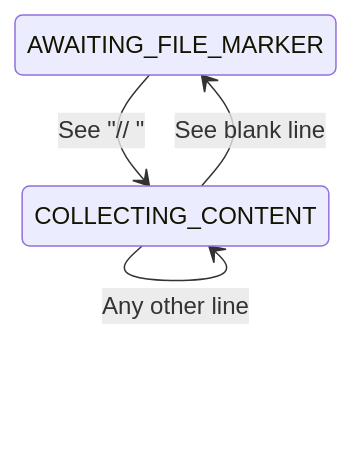
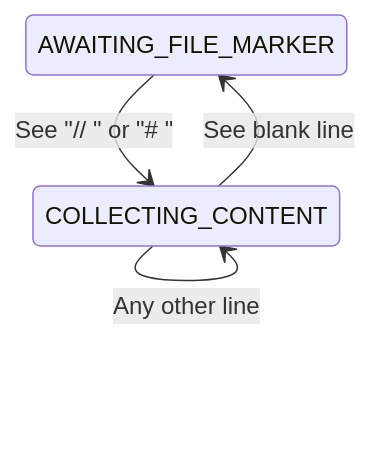
Before and after one commit to osteele/claude-artifact-unpacker: the diagram in docs/design.md, drawn with Mermaid. The commit also changed other lines of this file and 3 other files, not shown here.

````diff
--- a/docs/design.md
+++ b/docs/design.md
@@ -39,6 +47,6 @@
 ```mermaid
 stateDiagram-v2
-    AWAITING_FILE_MARKER --> COLLECTING_CONTENT: See "// "
+    AWAITING_FILE_MARKER --> COLLECTING_CONTENT: See "// " or "# "
     COLLECTING_CONTENT --> AWAITING_FILE_MARKER: See blank line
     COLLECTING_CONTENT --> COLLECTING_CONTENT: Any other line
 ```
````
